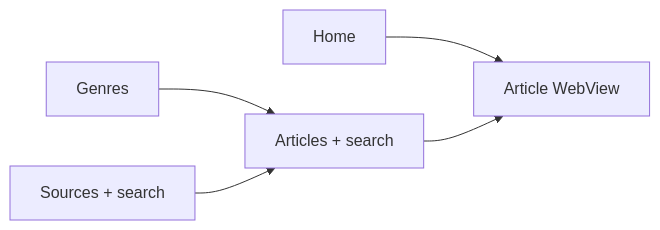
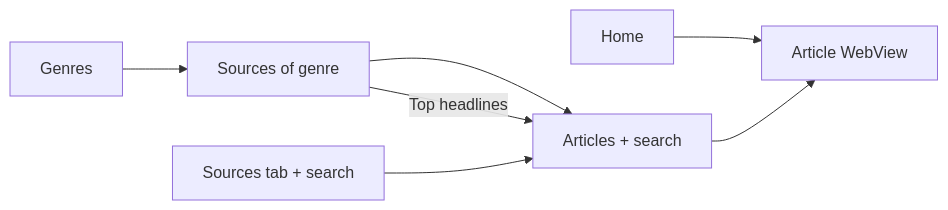
The diagram in README.md (halimjr11/beacon), drawn with Mermaid before and after one commit. The commit also changed other lines of this file and 59 other files, not shown here.

````diff
--- a/README.md
+++ b/README.md
@@ -33,7 +33,9 @@
 ```mermaid
 graph LR
     H[Home] --> W[Article WebView]
-    G[Genres] --> A[Articles + search]
-    S[Sources + search] --> A
+    G[Genres] --> GS[Sources of genre]
+    GS --> A[Articles + search]
+    GS -- Top headlines --> A
+    S[Sources tab + search] --> A
     A --> W
 ```
````
